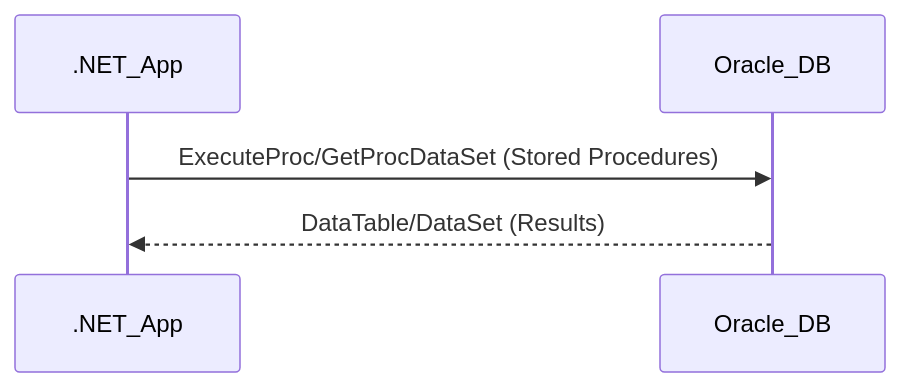
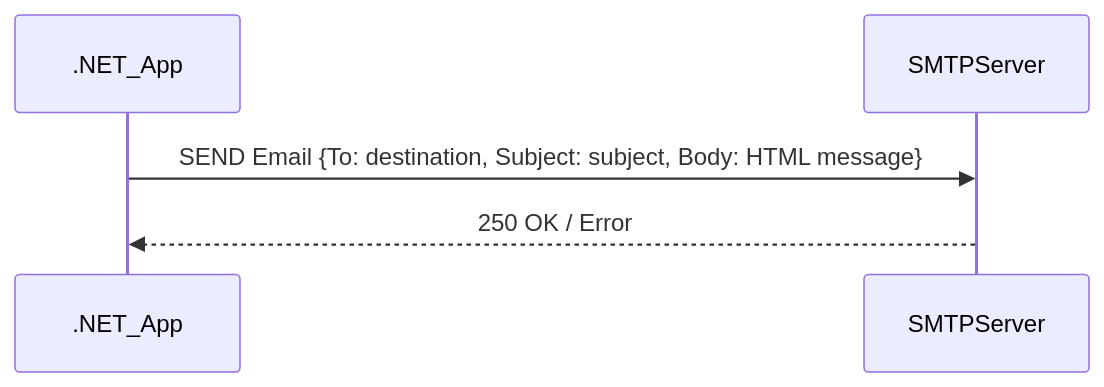
Before and after one commit to saniyakapur39/.NET_code_analyzer: the third of 5 diagrams in PricingApproval_markdown_files/PricingApproval_business_functionality.md, drawn with Mermaid. The commit also changed other lines of this file, not shown here.

````diff
--- a/PricingApproval_markdown_files/PricingApproval_business_functionality.md
+++ b/PricingApproval_markdown_files/PricingApproval_business_functionality.md
@@ -140,7 +82,7 @@
 ```mermaid
 sequenceDiagram
     participant .NET_App
-    participant Oracle_DB
-    .NET_App->>Oracle_DB: ExecuteProc/GetProcDataSet (Stored Procedures)
-    Oracle_DB-->>.NET_App: DataTable/DataSet (Results)
+    participant SMTPServer
+    .NET_App->>SMTPServer: SEND Email {To: destination, Subject: subject, Body: HTML message}
+    SMTPServer-->>.NET_App: 250 OK / Error
 ```
````
